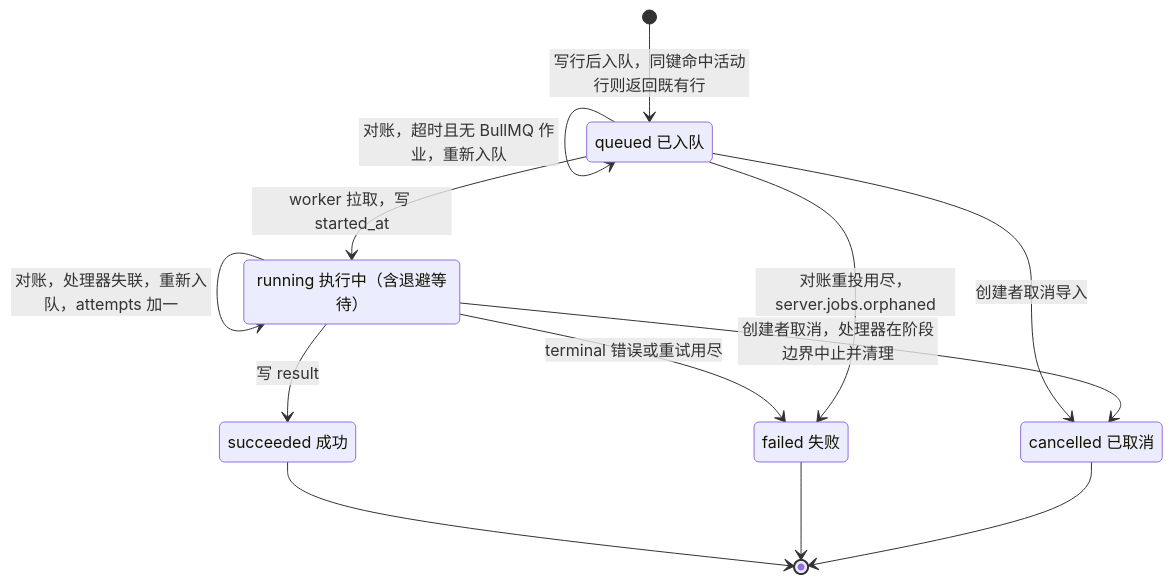
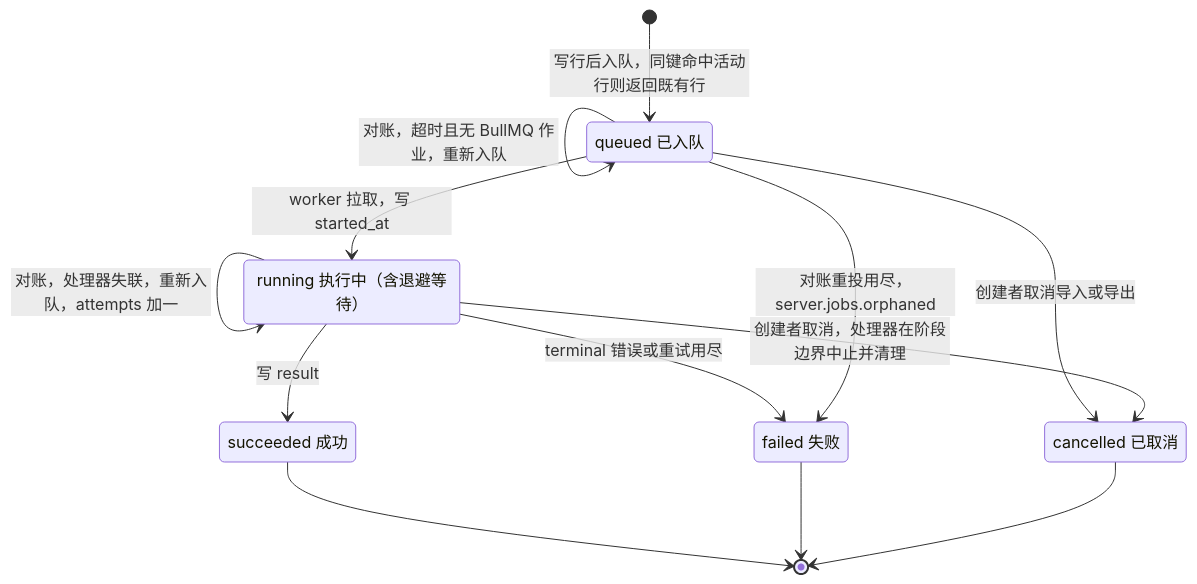
One commit to Xeonice/cordis-ppt-editor changed the third of 9 diagrams in docs/60-backend/06-modules-jobs-import-export-thumbnails.md. Above: the diagram before and after it, drawn with Mermaid. The commit also changed other lines of this file and 19 other files, not shown here.

````diff
--- a/docs/60-backend/06-modules-jobs-import-export-thumbnails.md
+++ b/docs/60-backend/06-modules-jobs-import-export-thumbnails.md
@@ -148,20 +148,20 @@
 ```mermaid
 stateDiagram-v2
   state "queued 已入队" as queued
   state "running 执行中（含退避等待）" as running
   state "succeeded 成功" as succeeded
   state "failed 失败" as failed
   state "cancelled 已取消" as cancelled
   [*] --> queued: 写行后入队，同键命中活动行则返回既有行
   queued --> queued: 对账，超时且无 BullMQ 作业，重新入队
   queued --> running: worker 拉取，写 started_at
   running --> running: 对账，处理器失联，重新入队，attempts 加一
   running --> succeeded: 写 result
   running --> failed: terminal 错误或重试用尽
   queued --> failed: 对账重投用尽，server.jobs.orphaned
-  queued --> cancelled: 创建者取消导入
+  queued --> cancelled: 创建者取消导入或导出
   running --> cancelled: 创建者取消，处理器在阶段边界中止并清理
   succeeded --> [*]
   failed --> [*]
   cancelled --> [*]
 ```
````
